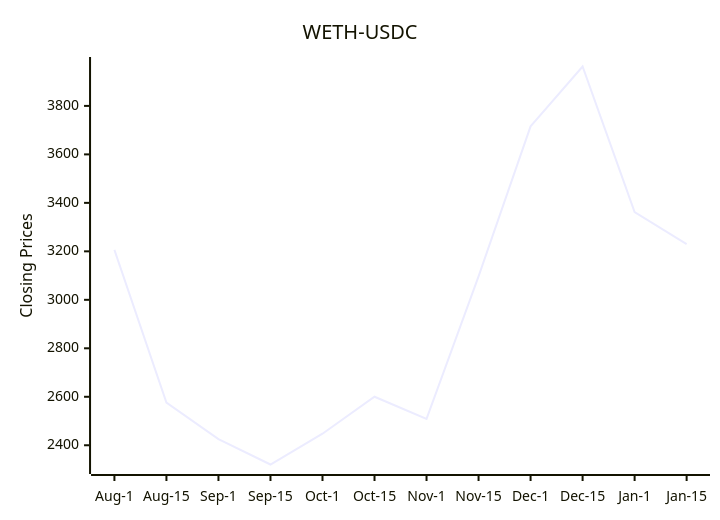
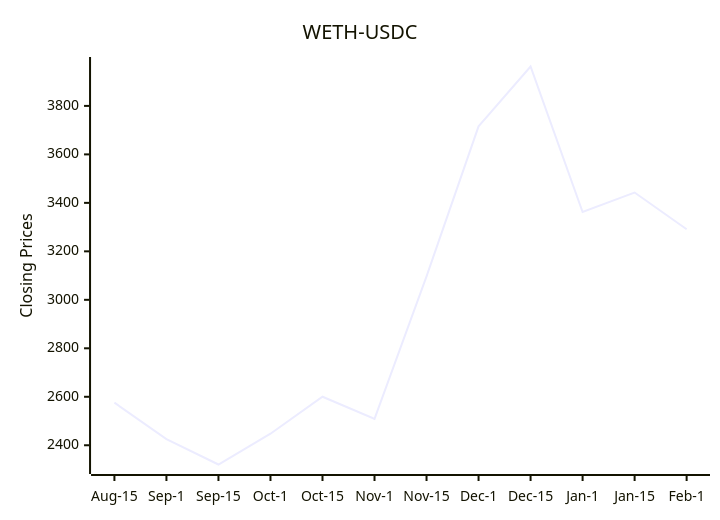
The diagram in README.md (bicced/ReadmeCryptoPriceChart), drawn with Mermaid before and after one commit.

Commit message:
Update README with latest DEX data

````diff
--- a/README.md
+++ b/README.md
@@ -6,7 +6,7 @@
 ```mermaid
 xychart-beta
   title "WETH-USDC"
-  x-axis [Aug-1,Aug-15,Sep-1,Sep-15,Oct-1,Oct-15,Nov-1,Nov-15,Dec-1,Dec-15,Jan-1,Jan-15]
+  x-axis [Aug-15,Sep-1,Sep-15,Oct-1,Oct-15,Nov-1,Nov-15,Dec-1,Dec-15,Jan-1,Jan-15,Feb-1]
   y-axis "Closing Prices" 2320.61761915807 --> 3962.56899349177
-  line [3205.99009674922,2575.67729986359,2425.60361929393,2320.61761915807,2447.67403957906,2600.26757373328,2508.72962693621,3096.49585789669,3715.59825684283,3962.56899349177,3362.281527969,3229.63294690642]
+  line [2575.67729986359,2425.60361929393,2320.61761915807,2447.67403957906,2600.26757373328,2508.72962693621,3096.49585789669,3715.59825684283,3962.56899349177,3362.281527969,3442.60666821535,3291.25]
 ```
````
